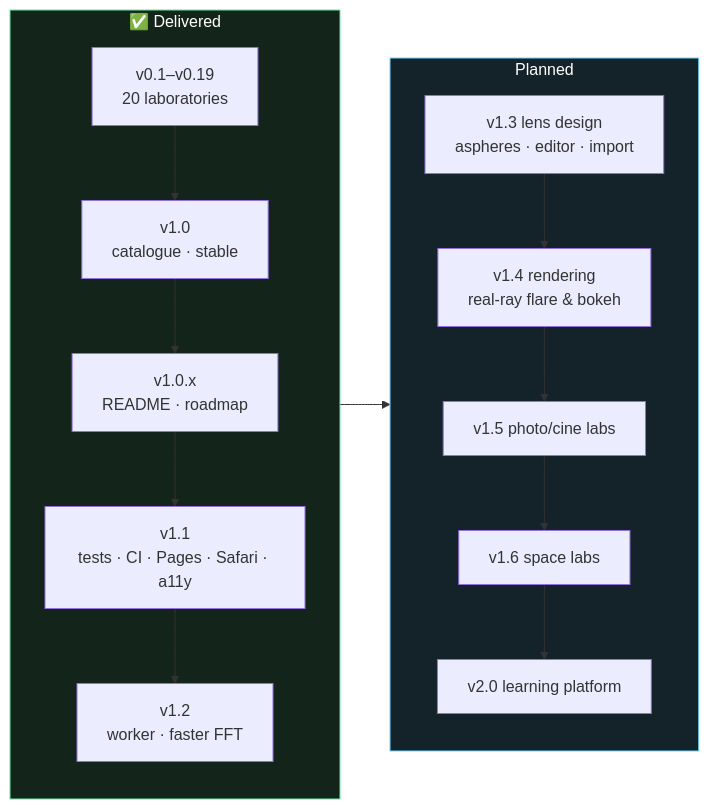
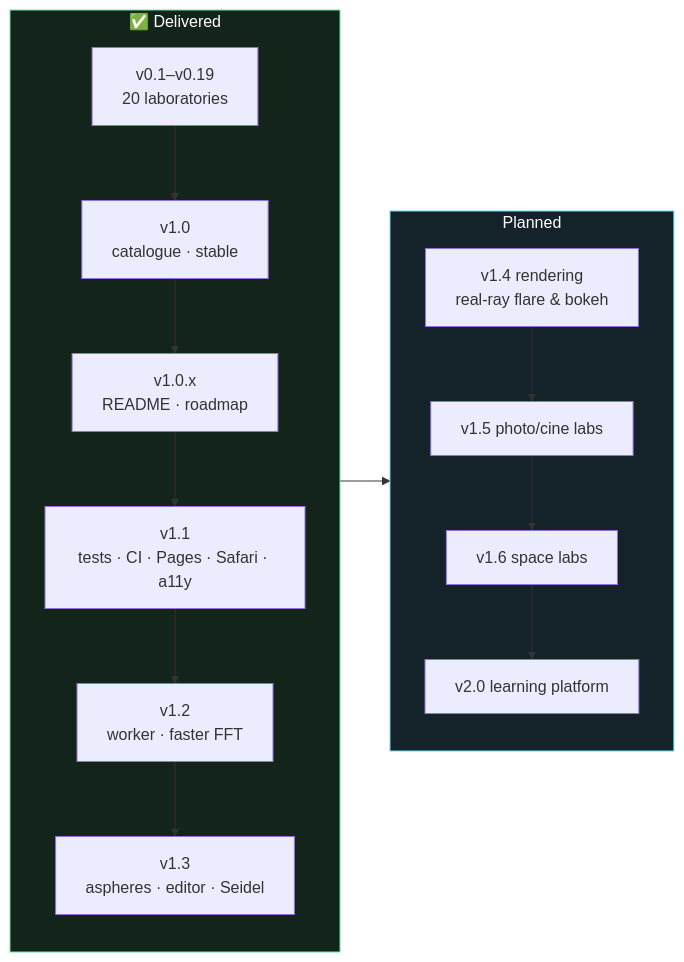
Before and after one commit to iiogurt/Optica_Viva: the diagram in ROADMAP.md, drawn with Mermaid. The commit also changed other lines of this file and 4 other files, not shown here.

````diff
--- a/ROADMAP.md
+++ b/ROADMAP.md
@@ -50,15 +50,14 @@
 ```mermaid
 flowchart LR
     subgraph Done["✅ Delivered"]
         direction TB
-        D0["v0.1–v0.19<br/>20 laboratories"] --> D1["v1.0<br/>catalogue · stable"] --> D2["v1.0.x<br/>README · roadmap"] --> D3["v1.1<br/>tests · CI · Pages · Safari · a11y"] --> D4["v1.2<br/>worker · faster FFT"]
+        D0["v0.1–v0.19<br/>20 laboratories"] --> D1["v1.0<br/>catalogue · stable"] --> D2["v1.0.x<br/>README · roadmap"] --> D3["v1.1<br/>tests · CI · Pages · Safari · a11y"] --> D4["v1.2<br/>worker · faster FFT"] --> D5["v1.3<br/>aspheres · editor · Seidel"]
     end
     subgraph Next["Planned"]
         direction TB
-        N3["v1.3 lens design<br/>aspheres · editor · import"]
-        N3 --> N4["v1.4 rendering<br/>real-ray flare & bokeh"] --> N5["v1.5 photo/cine labs"] --> N6["v1.6 space labs"] --> N7["v2.0 learning platform"]
+        N4["v1.4 rendering<br/>real-ray flare & bokeh"] --> N5["v1.5 photo/cine labs"] --> N6["v1.6 space labs"] --> N7["v2.0 learning platform"]
     end
     Done --> Next
     style Done fill:#13241b,stroke:#6be3a4,color:#fff
     style Next fill:#14222a,stroke:#6ad7ff,color:#fff
 ```
````
